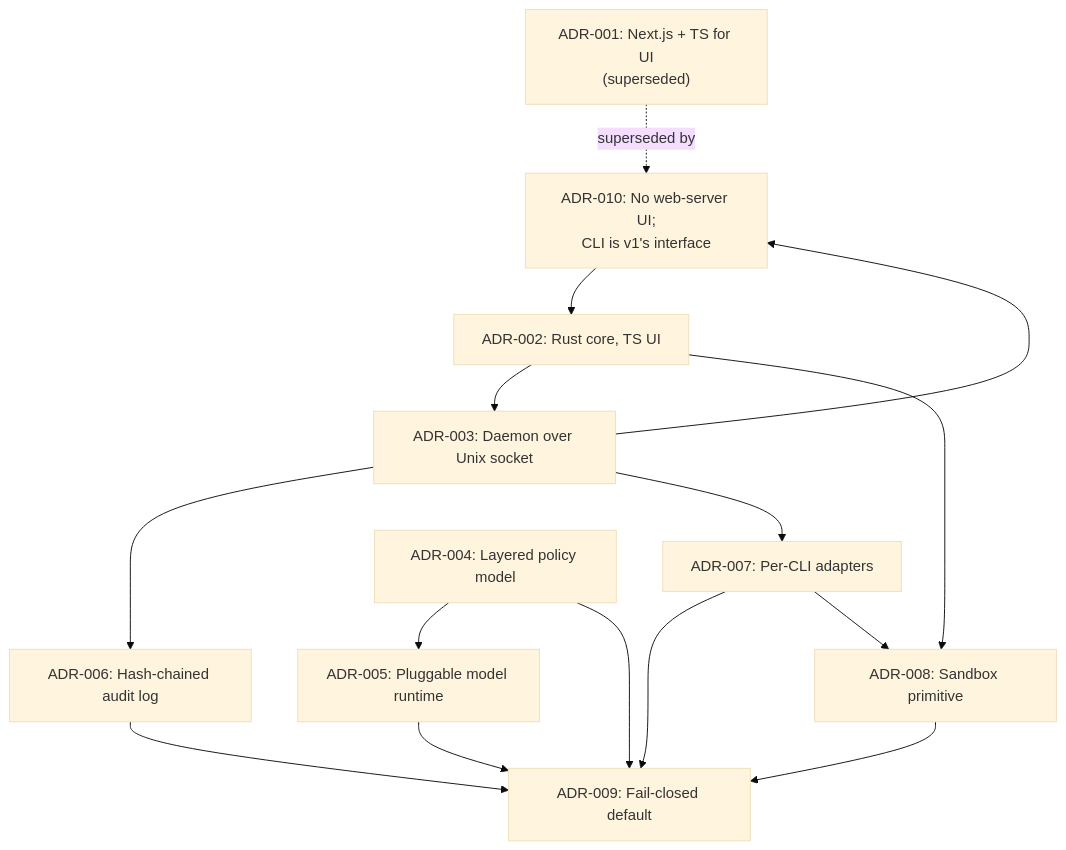
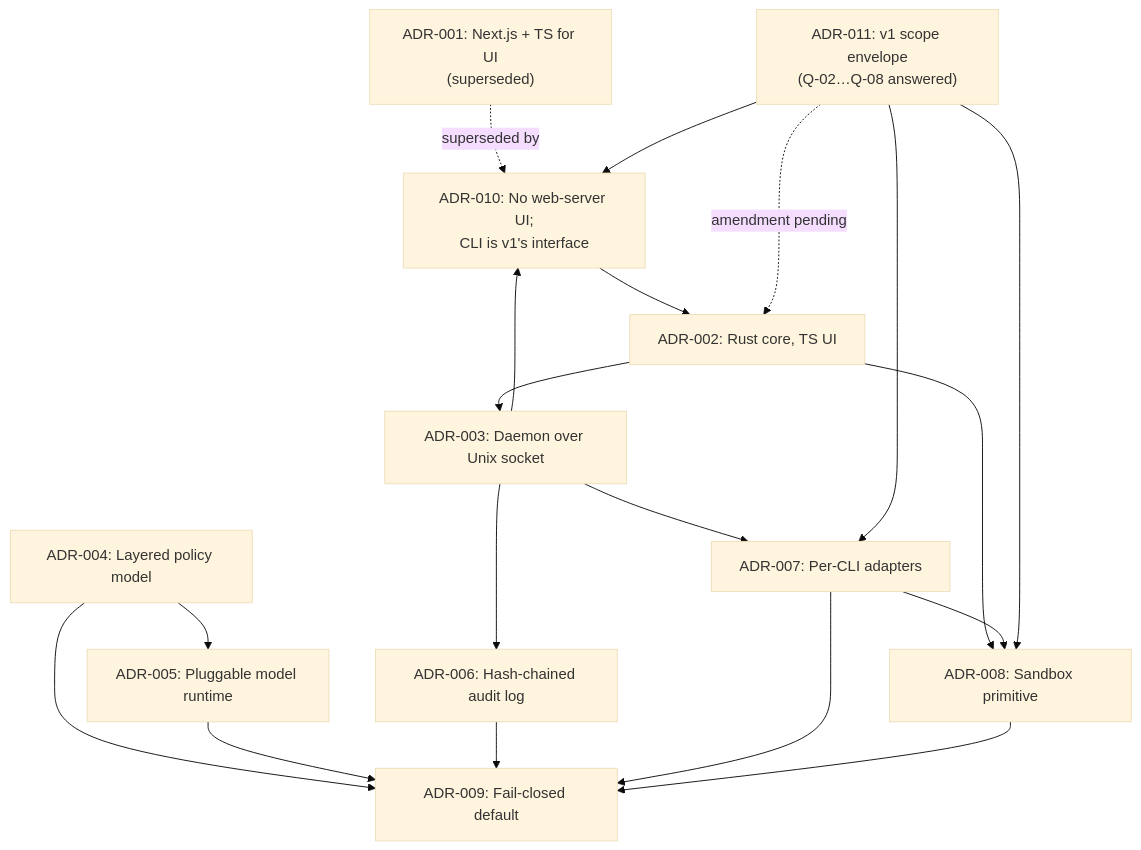
The diagram in docs/05-adr/README.md (AriesNg/ai-guard-bot), drawn with Mermaid (base theme) before and after one commit. The commit also changed other lines of this file and 16 other files, not shown here.

````diff
--- a/docs/05-adr/README.md
+++ b/docs/05-adr/README.md
@@ -38,18 +41,22 @@
 ```mermaid
 flowchart TD
     A001["ADR-001: Next.js + TS for UI<br/>(superseded)"] -.->|superseded by| A010["ADR-010: No web-server UI;<br/>CLI is v1's interface"]
     A002[ADR-002: Rust core, TS UI]
     A010 --> A002
     A003 --> A010
     A002 --> A003[ADR-003: Daemon over Unix socket]
     A003 --> A006[ADR-006: Hash-chained audit log]
     A003 --> A007[ADR-007: Per-CLI adapters]
     A004[ADR-004: Layered policy model] --> A005[ADR-005: Pluggable model runtime]
     A004 --> A009[ADR-009: Fail-closed default]
     A005 --> A009
     A006 --> A009
     A007 --> A009
     A002 --> A008[ADR-008: Sandbox primitive]
     A007 --> A008
     A008 --> A009
+    A011["ADR-011: v1 scope envelope<br/>(Q-02…Q-08 answered)"] --> A008
+    A011 --> A007
+    A011 --> A010
+    A011 -.->|amendment pending| A002
 ```
````
